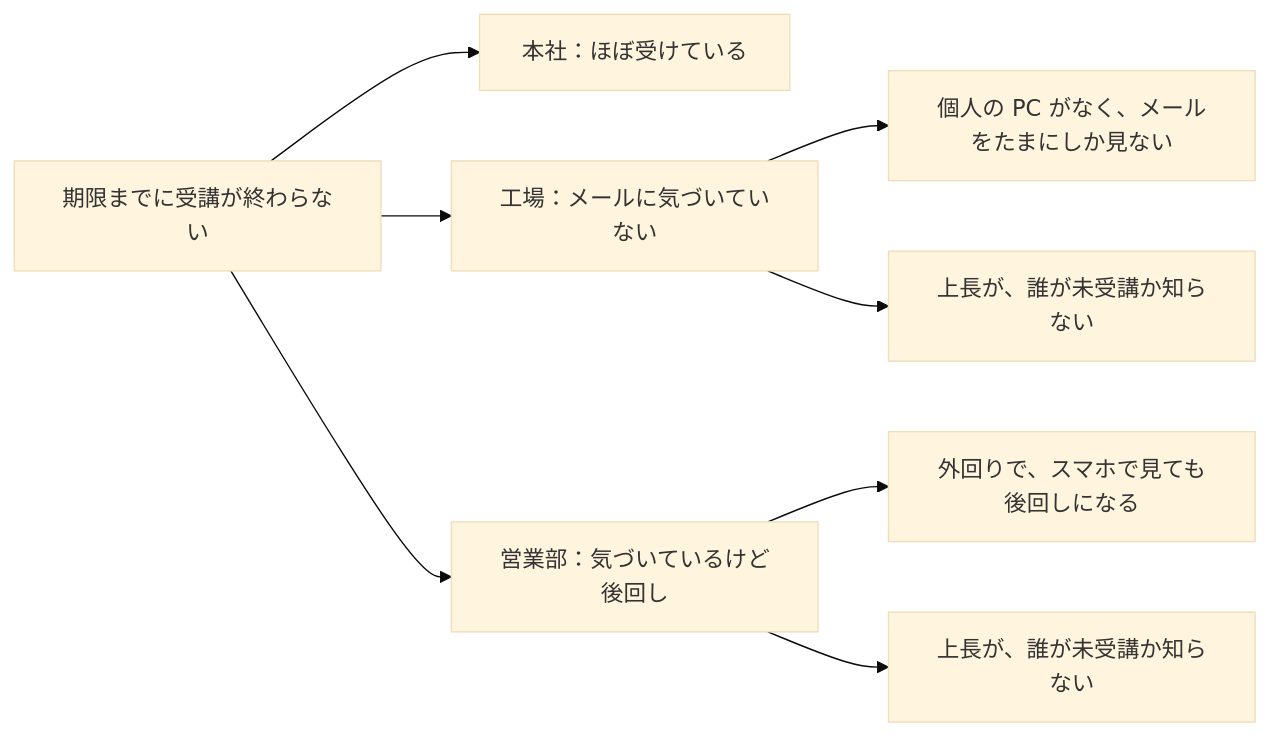
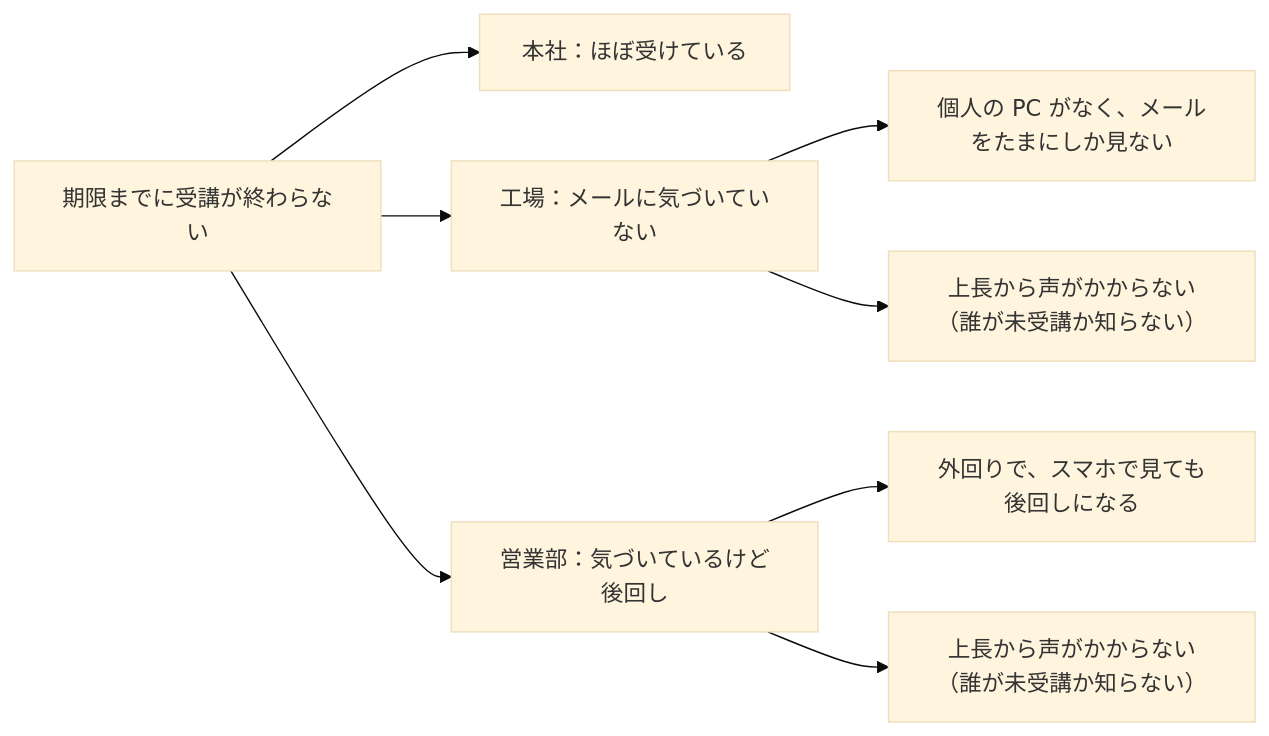
One commit to TokiyaHorikawa/zenn-content changed the diagram in articles/2fdfd67209c16f.md. Above: the diagram before and after it, drawn with Mermaid (base theme). The commit also changed other lines of this file, not shown here.

Commit message:
ロジックツリーの上長の枝を原因の形にし、人事の電話の話を図の直後に移動

````diff
--- a/articles/2fdfd67209c16f.md
+++ b/articles/2fdfd67209c16f.md
@@ -117,10 +117,10 @@
 ```mermaid
 graph LR
   A[期限までに受講が終わらない] --> B[本社：ほぼ受けている]
   A --> C[工場：メールに気づいていない]
   A --> D[営業部：気づいているけど後回し]
   C --> C1[個人の PC がなく、メールをたまにしか見ない]
-  C --> C2[上長が、誰が未受講か知らない]
+  C --> C2[上長から声がかからない（誰が未受講か知らない）]
   D --> D1[外回りで、スマホで見ても後回しになる]
-  D --> D2[上長が、誰が未受講か知らない]
+  D --> D2[上長から声がかからない（誰が未受講か知らない）]
 ```
````
